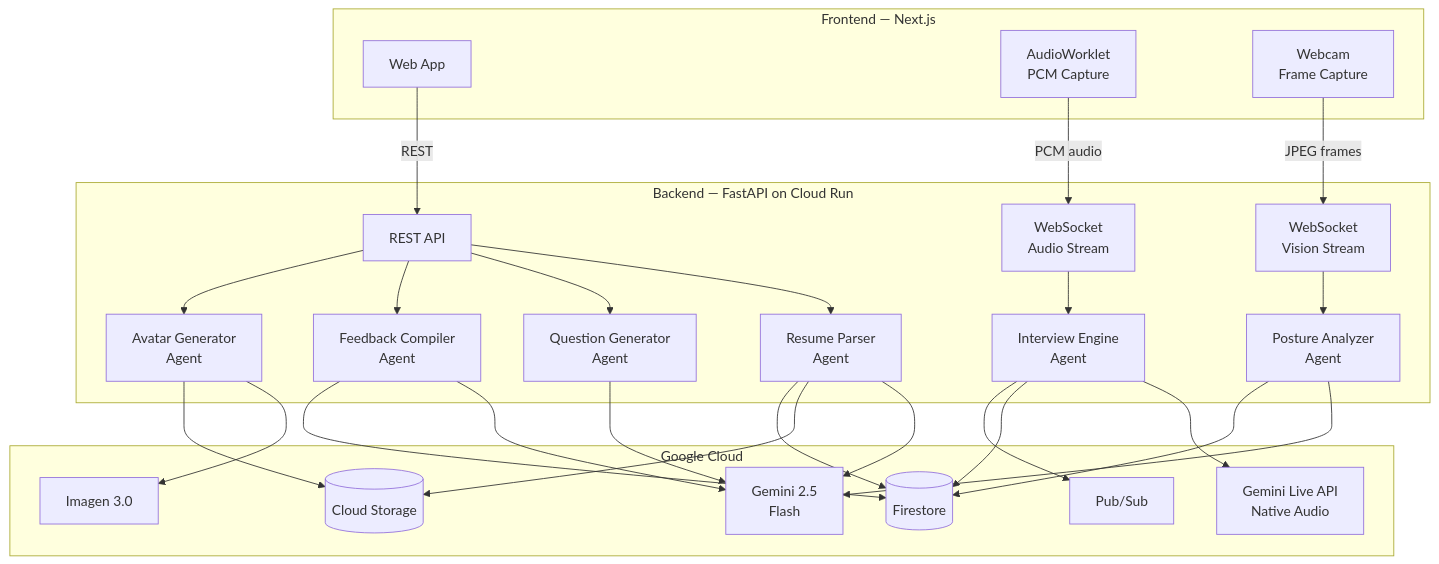
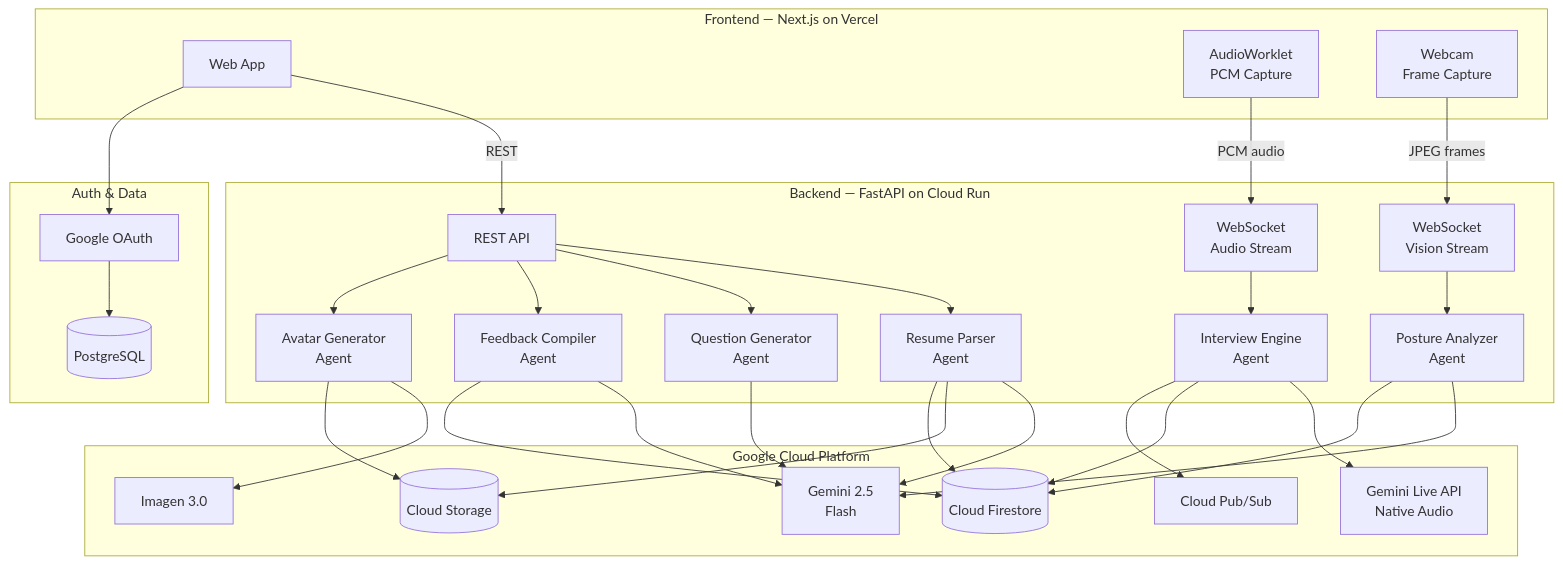
Before and after one commit to mockmate-app/mockmate: the first of 3 diagrams in README.md, drawn with Mermaid. The commit also changed other lines of this file and 3 other files, not shown here.

````diff
--- a/README.md
+++ b/README.md
@@ -43,44 +75,52 @@
 ```mermaid
 graph TB
-    subgraph "Frontend — Next.js"
+    subgraph "Frontend — Next.js on Vercel"
         UI[Web App]
         AW[AudioWorklet<br/>PCM Capture]
         WC[Webcam<br/>Frame Capture]
     end
 
     subgraph "Backend — FastAPI on Cloud Run"
         API[REST API]
         WSA[WebSocket<br/>Audio Stream]
         WSV[WebSocket<br/>Vision Stream]
         RP[Resume Parser<br/>Agent]
         QG[Question Generator<br/>Agent]
         IE[Interview Engine<br/>Agent]
         PA[Posture Analyzer<br/>Agent]
         FC[Feedback Compiler<br/>Agent]
         IA[Avatar Generator<br/>Agent]
     end
 
-    subgraph "Google Cloud"
+    subgraph "Google Cloud Platform"
         GLA[Gemini Live API<br/>Native Audio]
         GF[Gemini 2.5<br/>Flash]
         IG[Imagen 3.0]
-        FS[(Firestore)]
+        FS[(Cloud Firestore)]
         GCS[(Cloud Storage)]
-        PS[Pub/Sub]
+        PS[Cloud Pub/Sub]
+    end
+
+    subgraph "Auth & Data"
+        GA[Google OAuth]
+        PG[(PostgreSQL)]
     end
 
     UI -- REST --> API
     AW -- PCM audio --> WSA
     WC -- JPEG frames --> WSV
 
     API --> RP & QG & FC & IA
     WSA --> IE
     WSV --> PA
 
     RP --> GF & GCS & FS
     QG --> GF
     IE --> GLA & FS & PS
     PA --> GF & FS
     FC --> GF & FS
     IA --> IG & GCS
+
+    UI --> GA
+    GA --> PG
 ```
````
